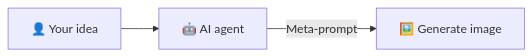
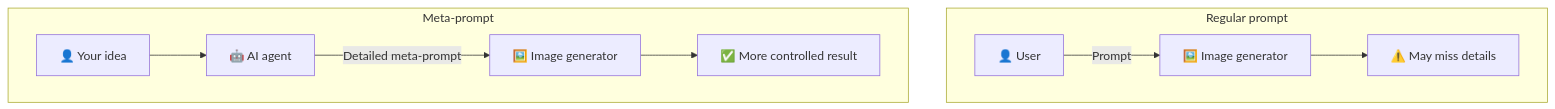
Before and after one commit to taewat07/OccMed-ImageGen: the diagram in README.md, drawn with Mermaid. The commit also changed other lines of this file and 1 other file, not shown here.

Commit message:
compare regular prompts with meta-prompts

````diff
--- a/README.md
+++ b/README.md
@@ -11,5 +11,14 @@
 ```mermaid
-flowchart LR
-    A["👤 Your idea"] --> B["🤖 AI agent"]
-    B -- "Meta-prompt" --> C["🖼️ Generate image"]
+flowchart TB
+    subgraph regular["Regular prompt"]
+        direction LR
+        R1["👤 User"] -- "Prompt" --> R2["🖼️ Image generator"]
+        R2 --> R3["⚠️ May miss details"]
+    end
+    subgraph meta["Meta-prompt"]
+        direction LR
+        M1["👤 Your idea"] --> M2["🤖 AI agent"]
+        M2 -- "Detailed meta-prompt" --> M3["🖼️ Image generator"]
+        M3 --> M4["✅ More controlled result"]
+    end
 ```
````
